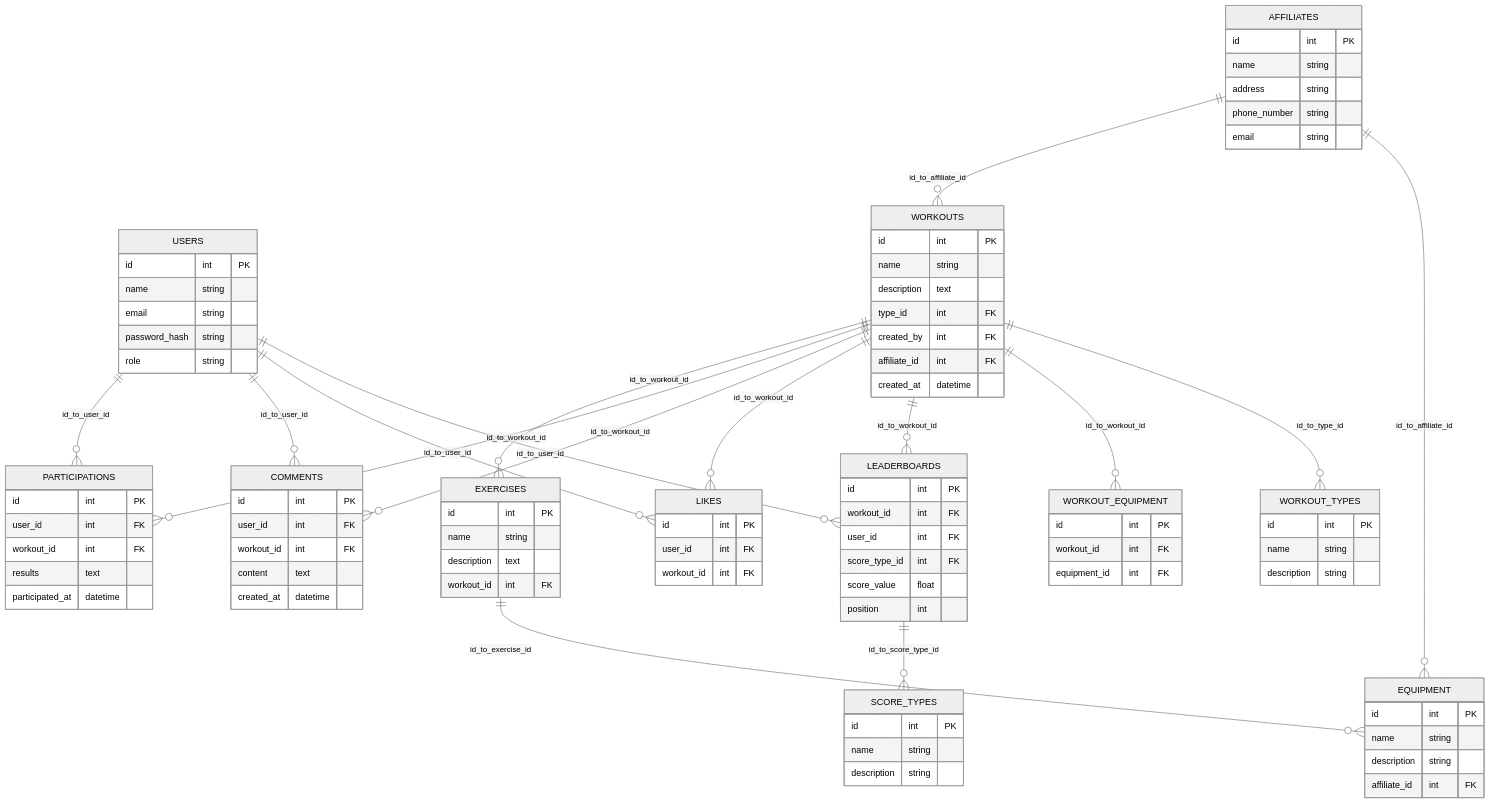
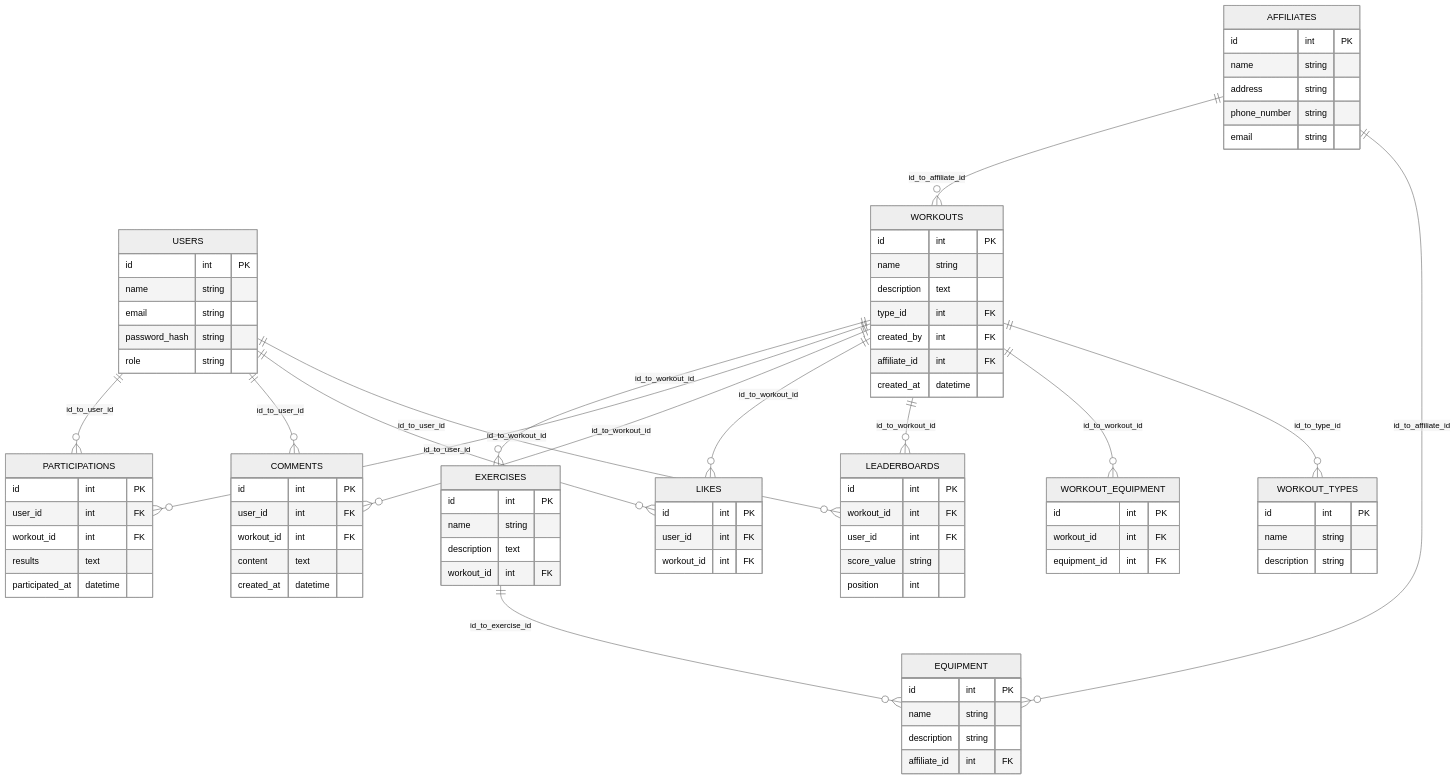
Before and after one commit to ShaneMillar96/FitBuddy: the diagram in database/application/README.md, drawn with Mermaid (neutral theme). The commit also changed 5 other files, not shown here.

````diff
--- a/database/application/README.md
+++ b/database/application/README.md
@@ -6,10 +6,10 @@
     USERS {
         id int PK
         name string
-        email string
+        email string 
         password_hash string
         role string
-        }
+    }
 
     AFFILIATES {
         id int PK
@@ -18,7 +18,7 @@
         phone_number string
         email string
     }
-    
+
     WORKOUTS {
         id int PK
         name string
@@ -28,43 +28,36 @@
         affiliate_id int FK
         created_at datetime
     }
-    
+
     WORKOUT_TYPES {
         id int PK
         name string
         description string
     }
-    
+
     EXERCISES {
         id int PK
         name string
         description text
         workout_id int FK
     }
-    
+
     PARTICIPATIONS {
         id int PK
         user_id int FK
         workout_id int FK
         results text
         participated_at datetime
-    }
-    
+    }  
+
     LEADERBOARDS {
         id int PK
         workout_id int FK
         user_id int FK
-        score_type_id int FK
-        score_value float
+        score_value string
         position int
     }
-    
-    SCORE_TYPES {
-        id int PK
-        name string
-        description string 
-    }
-    
+
     COMMENTS {
         id int PK
         user_id int FK
@@ -92,20 +85,19 @@
         equipment_id int FK
     }
 
-USERS ||--o{ PARTICIPATIONS : id_to_user_id
-USERS ||--o{ COMMENTS : id_to_user_id
-USERS ||--o{ LIKES : id_to_user_id
-USERS ||--o{ LEADERBOARDS : id_to_user_id
-WORKOUTS ||--o{ EXERCISES : id_to_workout_id
-WORKOUTS ||--o{ PARTICIPATIONS : id_to_workout_id
-WORKOUTS ||--o{ COMMENTS : id_to_workout_id
-WORKOUTS ||--o{ LIKES : id_to_workout_id
-WORKOUTS ||--o{ LEADERBOARDS : id_to_workout_id
-WORKOUTS ||--o{ WORKOUT_EQUIPMENT : id_to_workout_id
-WORKOUTS ||--o{ WORKOUT_TYPES : id_to_type_id
-EXERCISES ||--o{ EQUIPMENT : id_to_exercise_id
-AFFILIATES ||--o{ WORKOUTS : id_to_affiliate_id
-AFFILIATES ||--o{ EQUIPMENT : id_to_affiliate_id
-LEADERBOARDS ||--o{ SCORE_TYPES : id_to_score_type_id
+    USERS ||--o{ PARTICIPATIONS : id_to_user_id
+    USERS ||--o{ COMMENTS : id_to_user_id
+    USERS ||--o{ LIKES : id_to_user_id
+    USERS ||--o{ LEADERBOARDS : id_to_user_id
+    WORKOUTS ||--o{ EXERCISES : id_to_workout_id
+    WORKOUTS ||--o{ PARTICIPATIONS : id_to_workout_id
+    WORKOUTS ||--o{ COMMENTS : id_to_workout_id
+    WORKOUTS ||--o{ LIKES : id_to_workout_id
+    WORKOUTS ||--o{ LEADERBOARDS : id_to_workout_id
+    WORKOUTS ||--o{ WORKOUT_EQUIPMENT : id_to_workout_id
+    WORKOUTS ||--o{ WORKOUT_TYPES : id_to_type_id
+    EXERCISES ||--o{ EQUIPMENT : id_to_exercise_id
+    AFFILIATES ||--o{ WORKOUTS : id_to_affiliate_id
+    AFFILIATES ||--o{ EQUIPMENT : id_to_affiliate_id
 
 ```
````
